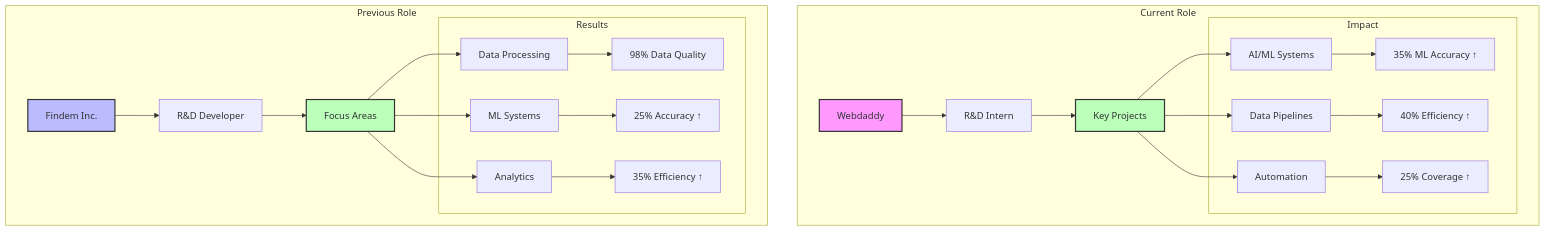
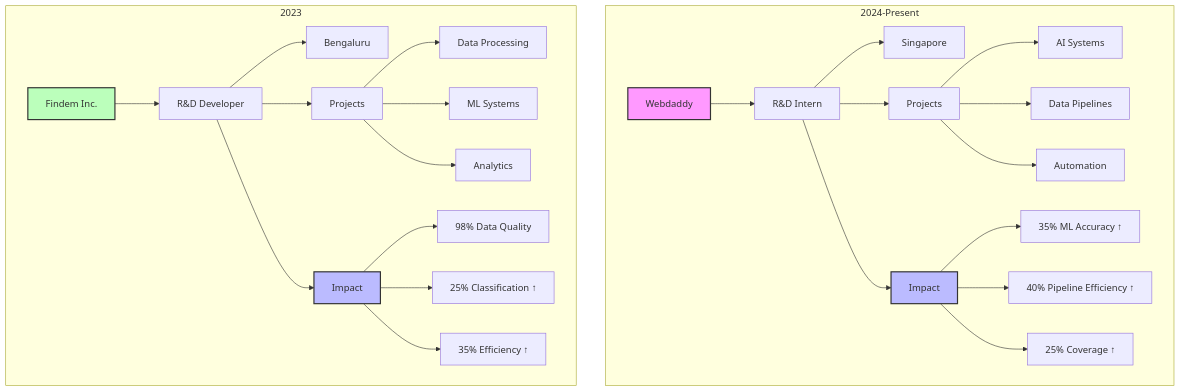
One commit to saisrinivas194/saisrinivas194 changed the fifth of 14 diagrams in README.md. Above: the diagram before and after it, drawn with Mermaid. The commit also changed other lines of this file, not shown here.

````diff
--- a/README.md
+++ b/README.md
@@ -217,35 +193,34 @@
 ```mermaid
 graph TB
-    subgraph Current Role
-    A[Webdaddy] --> B[R&D Intern]
-    B --> C[Key Projects]
-    C --> D[AI/ML Systems]
-    C --> E[Data Pipelines]
-    C --> F[Automation]
-    
-    subgraph Impact
-    D --> G[35% ML Accuracy ↑]
-    E --> H[40% Efficiency ↑]
-    F --> I[25% Coverage ↑]
-    end
-    end
-    
-    subgraph Previous Role
-    J[Findem Inc.] --> K[R&D Developer]
-    K --> L[Focus Areas]
-    L --> M[Data Processing]
-    L --> N[ML Systems]
-    L --> O[Analytics]
-    
-    subgraph Results
-    M --> P[98% Data Quality]
-    N --> Q[25% Accuracy ↑]
-    O --> R[35% Efficiency ↑]
-    end
+    classDef currentRole fill:#f9f,stroke:#333,stroke-width:2px;
+    classDef pastRole fill:#bfb,stroke:#333,stroke-width:2px;
+    classDef impact fill:#bbf,stroke:#333,stroke-width:2px;
+
+    subgraph 2024-Present
+    A[Webdaddy]:::currentRole
+    A --> B[R&D Intern]
+    B --> C[Singapore]
+    B --> D[Projects]
+    D --> E[AI Systems]
+    D --> F[Data Pipelines]
+    D --> G[Automation]
+    B --> H[Impact]:::impact
+    H --> I[35% ML Accuracy ↑]
+    H --> J[40% Pipeline Efficiency ↑]
+    H --> K[25% Coverage ↑]
     end
 
-    style A fill:#f9f,stroke:#333,stroke-width:2px
-    style J fill:#bbf,stroke:#333,stroke-width:2px
-    style C fill:#bfb,stroke:#333,stroke-width:2px
-    style L fill:#bfb,stroke:#333,stroke-width:2px
+    subgraph 2023
+    L[Findem Inc.]:::pastRole
+    L --> M[R&D Developer]
+    M --> N[Bengaluru]
+    M --> O[Projects]
+    O --> P[Data Processing]
+    O --> Q[ML Systems]
+    O --> R[Analytics]
+    M --> S[Impact]:::impact
+    S --> T[98% Data Quality]
+    S --> U[25% Classification ↑]
+    S --> V[35% Efficiency ↑]
+    end
 ```
````
